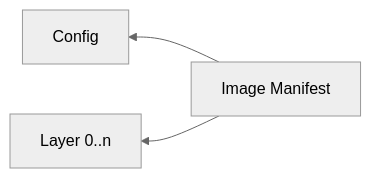
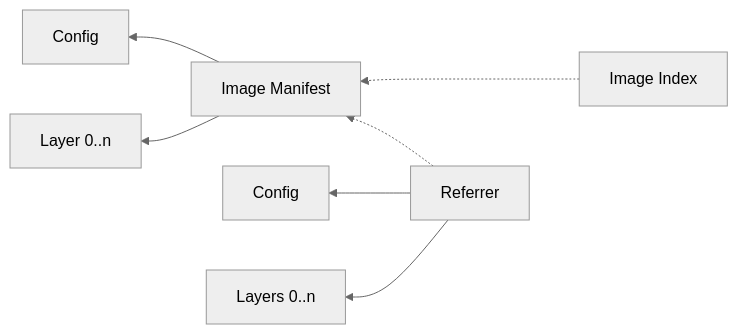
One commit to robinkb/cascade changed the diagram in docs/oci-artifact.md. Above: the diagram before and after it, drawn with Mermaid (neutral theme). The commit also changed other lines of this file, not shown here.

````diff
--- a/docs/oci-artifact.md
+++ b/docs/oci-artifact.md
@@ -21,9 +30,17 @@
 ```mermaid
 graph RL
     Config
     Layers["Layer 0..n"]
     ImageManifest["Image Manifest"]
+    ImageIndex["Image Index"]
+    Referrer
+    ReferrerConfig["Config"]
+    ReferrerLayers["Layers 0..n"]
 
     ImageManifest --> Config
     ImageManifest --> Layers
+    ImageIndex -..-> ImageManifest
+    Referrer -.-> ImageManifest
+    Referrer --> ReferrerConfig
+    Referrer --> ReferrerLayers
 ```
````
